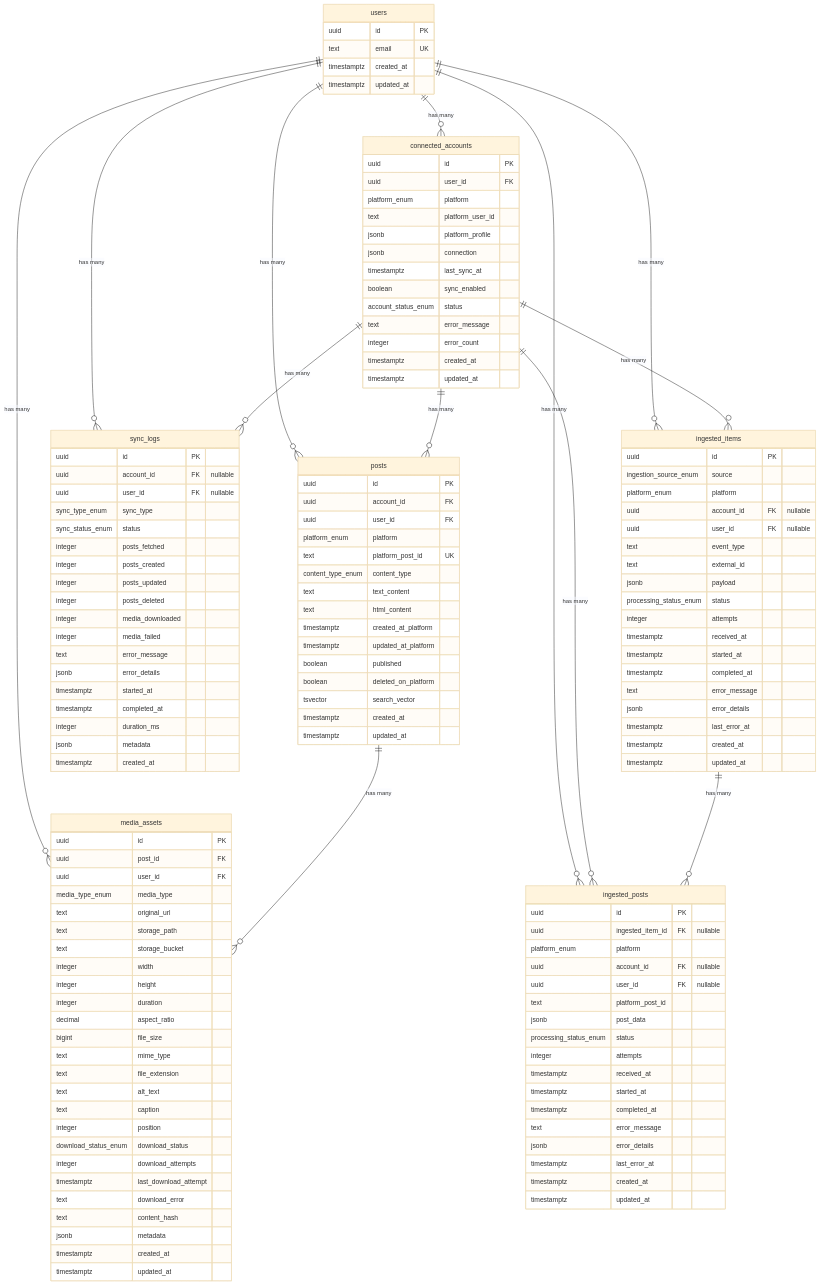
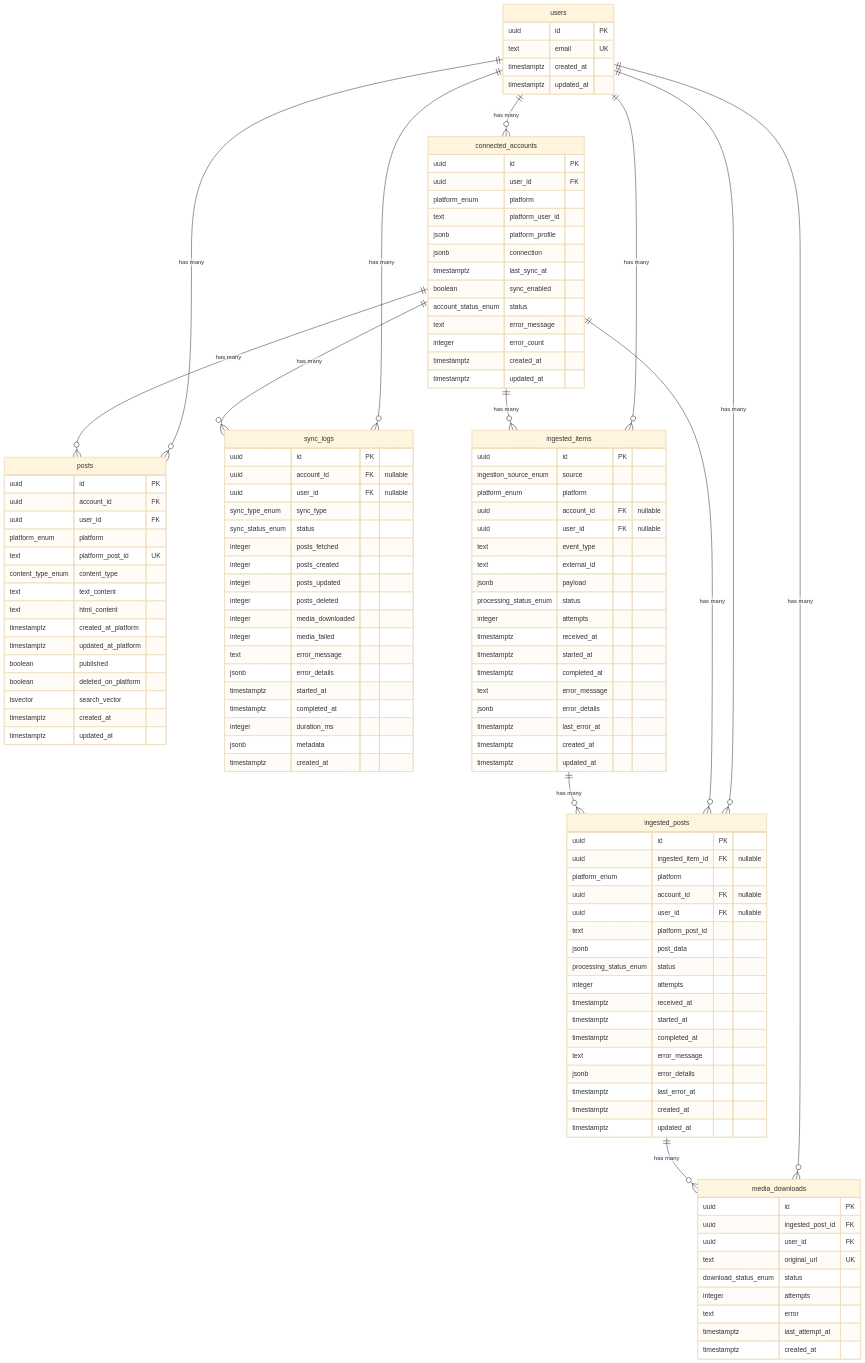
One commit to achan/trove changed the diagram in docs/schema.mmd. Above: the diagram before and after it, drawn with Mermaid (base theme). The commit also changed 7 other files, not shown here.

First line of the commit message:
Replace media_assets with simplified media_downloads table

```diff
--- a/docs/schema.mmd
+++ b/docs/schema.mmd
@@ -1,144 +1,128 @@
 erDiagram
     users ||--o{ connected_accounts : "has many"
     users ||--o{ posts : "has many"
-    users ||--o{ media_assets : "has many"
+    users ||--o{ media_downloads : "has many"
     users ||--o{ sync_logs : "has many"
     users ||--o{ ingested_items : "has many"
     users ||--o{ ingested_posts : "has many"
     connected_accounts ||--o{ posts : "has many"
     connected_accounts ||--o{ sync_logs : "has many"
     connected_accounts ||--o{ ingested_items : "has many"
     connected_accounts ||--o{ ingested_posts : "has many"
     ingested_items ||--o{ ingested_posts : "has many"
-    posts ||--o{ media_assets : "has many"
+    ingested_posts ||--o{ media_downloads : "has many"
 
     users {
         uuid id PK
         text email UK
         timestamptz created_at
         timestamptz updated_at
     }
 
     connected_accounts {
         uuid id PK
         uuid user_id FK
         platform_enum platform
         text platform_user_id
         jsonb platform_profile
         jsonb connection
         timestamptz last_sync_at
         boolean sync_enabled
         account_status_enum status
         text error_message
         integer error_count
         timestamptz created_at
         timestamptz updated_at
     }
 
     posts {
         uuid id PK
         uuid account_id FK
         uuid user_id FK
         platform_enum platform
         text platform_post_id UK
         content_type_enum content_type
         text text_content
         text html_content
         timestamptz created_at_platform
         timestamptz updated_at_platform
         boolean published
         boolean deleted_on_platform
         tsvector search_vector
         timestamptz created_at
         timestamptz updated_at
     }
 
-    media_assets {
+    media_downloads {
         uuid id PK
-        uuid post_id FK
+        uuid ingested_post_id FK
         uuid user_id FK
-        media_type_enum media_type
-        text original_url
-        text storage_path
-        text storage_bucket
-        integer width
-        integer height
-        integer duration
-        decimal aspect_ratio
-        bigint file_size
-        text mime_type
-        text file_extension
-        text alt_text
-        text caption
-        integer position
-        download_status_enum download_status
-        integer download_attempts
-        timestamptz last_download_attempt
-        text download_error
-        text content_hash
-        jsonb metadata
+        text original_url UK
+        download_status_enum status
+        integer attempts
+        text error
+        timestamptz last_attempt_at
         timestamptz created_at
-        timestamptz updated_at
     }
 
     sync_logs {
         uuid id PK
         uuid account_id FK "nullable"
         uuid user_id FK "nullable"
         sync_type_enum sync_type
         sync_status_enum status
         integer posts_fetched
         integer posts_created
         integer posts_updated
         integer posts_deleted
         integer media_downloaded
         integer media_failed
         text error_message
         jsonb error_details
         timestamptz started_at
         timestamptz completed_at
         integer duration_ms
         jsonb metadata
         timestamptz created_at
     }
 
     ingested_items {
         uuid id PK
         ingestion_source_enum source
         platform_enum platform
         uuid account_id FK "nullable"
         uuid user_id FK "nullable"
         text event_type
         text external_id
         jsonb payload
         processing_status_enum status
         integer attempts
         timestamptz received_at
         timestamptz started_at
         timestamptz completed_at
         text error_message
         jsonb error_details
         timestamptz last_error_at
         timestamptz created_at
         timestamptz updated_at
     }
 
     ingested_posts {
         uuid id PK
         uuid ingested_item_id FK "nullable"
         platform_enum platform
         uuid account_id FK "nullable"
         uuid user_id FK "nullable"
         text platform_post_id
         jsonb post_data
         processing_status_enum status
         integer attempts
         timestamptz received_at
         timestamptz started_at
         timestamptz completed_at
         text error_message
         jsonb error_details
         timestamptz last_error_at
         timestamptz created_at
         timestamptz updated_at
     }
```
